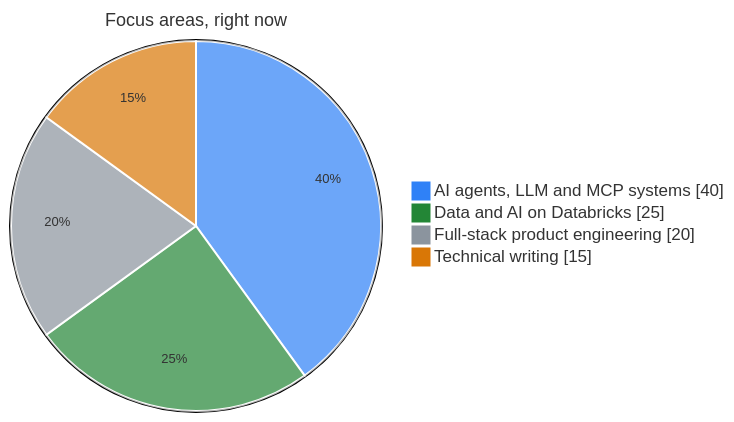
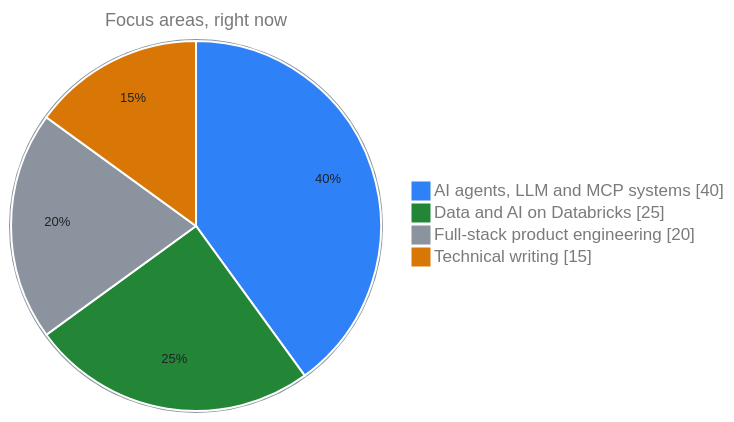
One commit to santoshshinde2012/santoshshinde2012 changed the second of 2 diagrams in README.md. Above: the diagram before and after it, drawn with Mermaid.

Commit message:
fix(readme): make the focus pie readable in GitHub dark mode
The chart pins theme:'base', which hardcodes text to #333 regardless
of the page theme. Against GitHub's dark canvas (#0d1117) that is a
1.50:1 contrast ratio — the title and legend were effectively
invisible for anyone browsing in dark mode.

Mermaid cannot paint a canvas background on GitHub (`background` emits
nothing, and themeCSS rules are prefixed with `#<id> `, so `svg{}`
becomes a descendant selector that never matches the root). So instead
of a white backdrop, the colours are chosen to survive both canvases:

- title and legend -> #7A7A7A, the grey that maximises the worse of the
  two ratios (4.29 on white, 4.41 on #0d1117)
- slice labels -> locked to #1F2328; they sit on the coloured slices,
  so they are theme-independent once pinned
- outer ring -> #8B949E, previously black and invisible on dark
- pieOpacity 1, so slices no longer blend with the page and render
  identically in both themes

````diff
--- a/README.md
+++ b/README.md
@@ -132,9 +132,9 @@
 ```mermaid
-%%{init: {'theme':'base','themeVariables':{'pie1':'#2F81F7','pie2':'#238636','pie3':'#8B949E','pie4':'#D97706','pieStrokeColor':'#ffffff','pieStrokeWidth':'2px','pieTitleTextSize':'18px','pieSectionTextSize':'13px'}}}%%
+%%{init: {'theme':'base','themeVariables':{'pie1':'#2F81F7','pie2':'#238636','pie3':'#8B949E','pie4':'#D97706','pieOpacity':'1','pieStrokeColor':'#ffffff','pieStrokeWidth':'2px','pieOuterStrokeColor':'#8B949E','pieTitleTextSize':'18px','pieTitleTextColor':'#7A7A7A','pieSectionTextSize':'13px','pieSectionTextColor':'#1F2328','pieLegendTextColor':'#7A7A7A'}}}%%
 pie showData
     title Focus areas, right now
     "AI agents, LLM and MCP systems" : 40
     "Data and AI on Databricks" : 25
     "Full-stack product engineering" : 20
     "Technical writing" : 15
 ```
````
